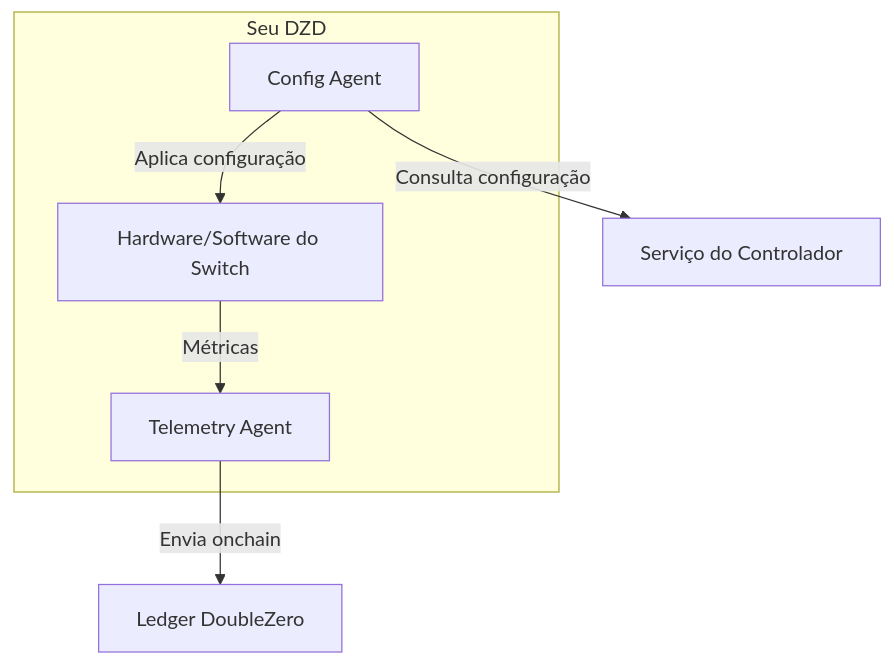
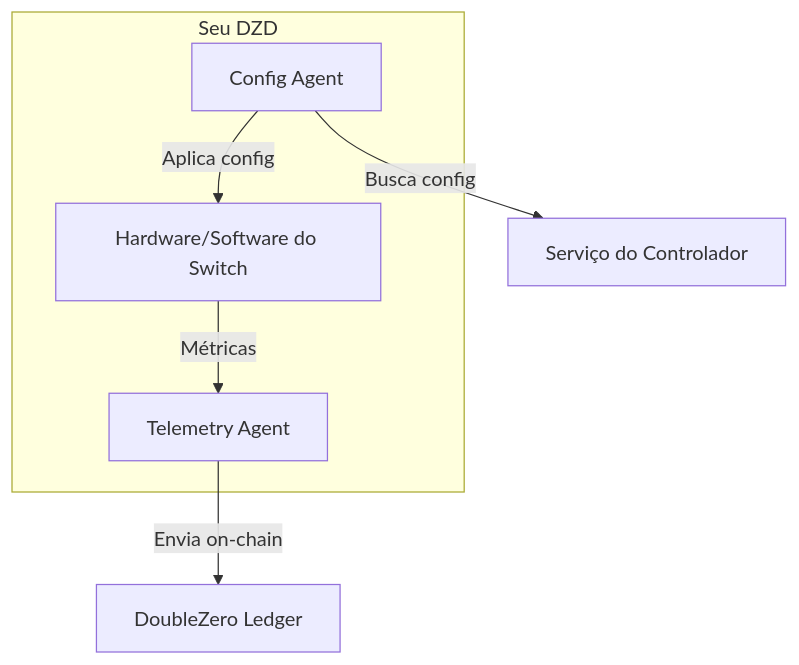
One commit to malbeclabs/docs changed diagram 12 of 13 in docs/contribute-provisioning.pt.md. Above: the diagram before and after it, drawn with Mermaid. The commit also changed other lines of this file and 130 other files, not shown here.

````diff
--- a/docs/contribute-provisioning.pt.md
+++ b/docs/contribute-provisioning.pt.md
@@ -766,14 +766,14 @@
 ```mermaid
 flowchart TB
     subgraph "Seu DZD"
         CA[Config Agent]
         TA[Telemetry Agent]
         HW[Hardware/Software do Switch]
     end
 
-    CA -->|Consulta configuração| CTRL[Serviço do Controlador]
-    CA -->|Aplica configuração| HW
+    CA -->|Busca config| CTRL[Serviço do Controlador]
+    CA -->|Aplica config| HW
 
     HW -->|Métricas| TA
-    TA -->|Envia onchain| BC[Ledger DoubleZero]
+    TA -->|Envia on-chain| BC[DoubleZero Ledger]
 ```
````
